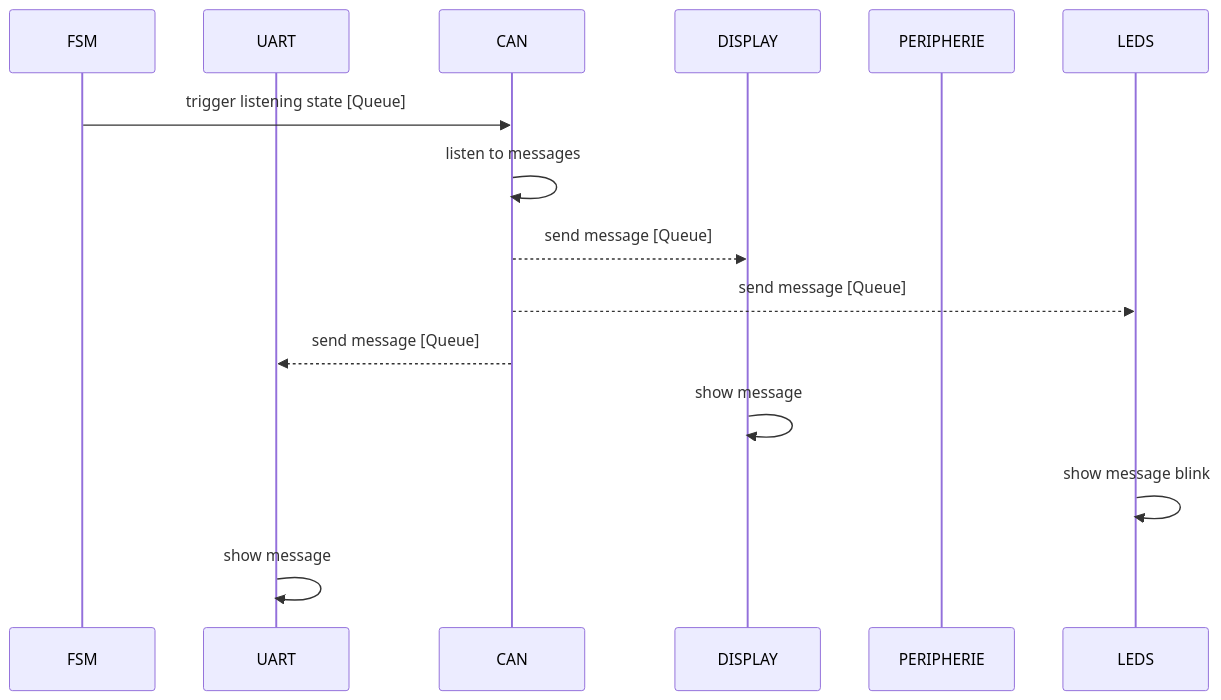
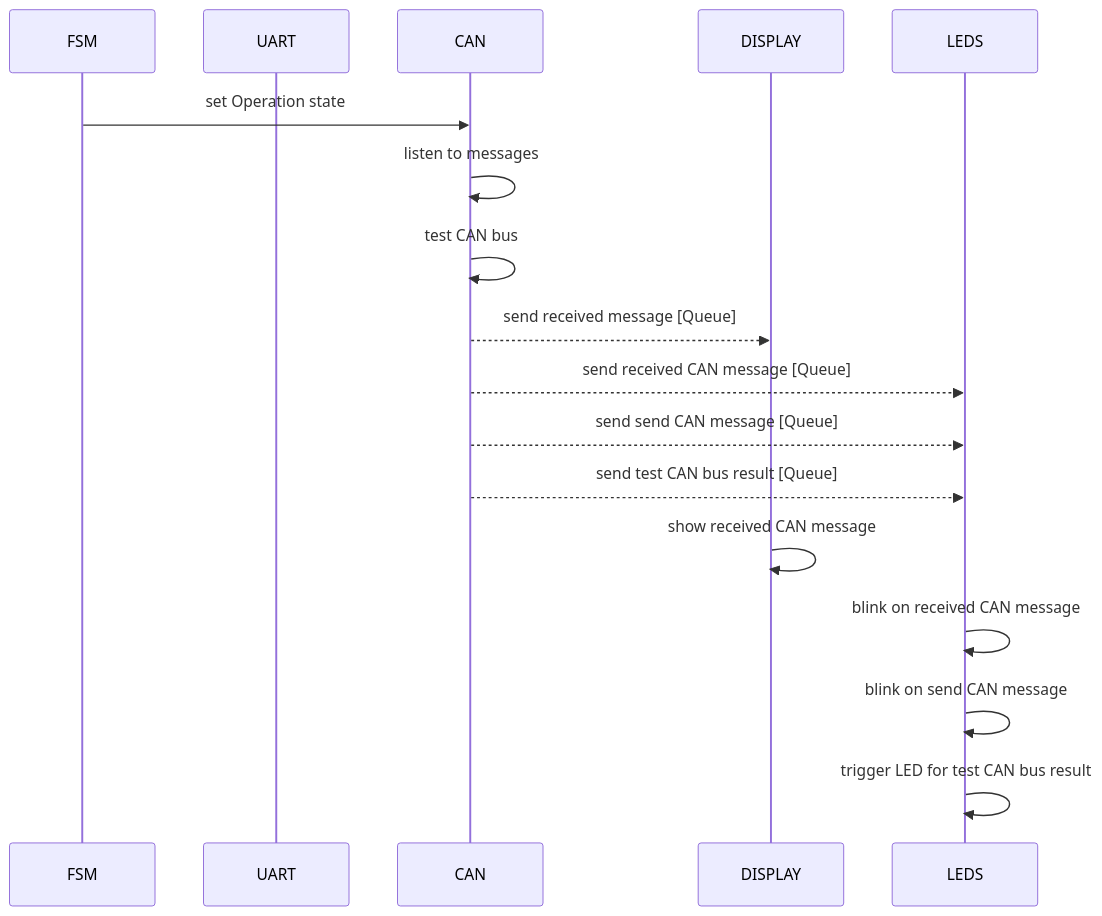
The fourth of 4 diagrams in Software/esp32/can-to-go-system/README.md (michaelgr22/can-to-go-system), drawn with Mermaid before and after one commit. The commit also changed other lines of this file, not shown here.

````diff
--- a/Software/esp32/can-to-go-system/README.md
+++ b/Software/esp32/can-to-go-system/README.md
@@ -65,17 +48,20 @@
 ```mermaid
 sequenceDiagram
     participant FSM
     participant UART
     participant CAN
     participant DISPLAY
-    participant PERIPHERIE
+    participant LEDS
 
-    FSM->>CAN: trigger listening state [Queue]
+    FSM->>CAN: set Operation state
     CAN->>CAN: listen to messages
-    CAN-->>DISPLAY: send message [Queue]
-    CAN-->>LEDS: send message [Queue]
-    CAN-->>UART: send message [Queue]
-    DISPLAY->>DISPLAY: show message
-    LEDS->>LEDS: show message blink
-    UART->>UART: show message
+    CAN->>CAN: test CAN bus
+    CAN-->>DISPLAY: send received message [Queue]
+    CAN-->>LEDS: send received CAN message [Queue]
+    CAN-->>LEDS: send send CAN message [Queue]
+    CAN-->>LEDS: send test CAN bus result [Queue]
+    DISPLAY->>DISPLAY: show received CAN message
+    LEDS->>LEDS: blink on received CAN message
+    LEDS->>LEDS: blink on send CAN message
+    LEDS->>LEDS: trigger LED for test CAN bus result
 ```
````
